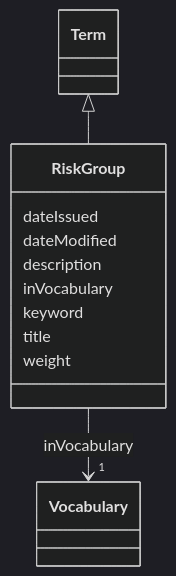
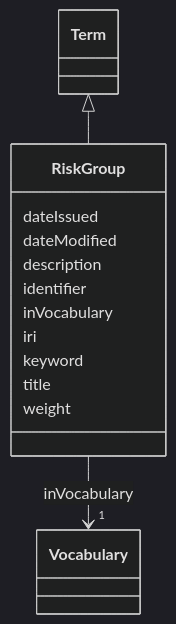
Before and after one commit to EVORA-project/evora-ontology: the diagram in models/docs/RiskGroup.md, drawn with Mermaid (dark theme). The commit also changed other lines of this file and 391 other files, not shown here.

````diff
--- a/models/docs/RiskGroup.md
+++ b/models/docs/RiskGroup.md
@@ -19,30 +19,34 @@
 ```mermaid
  classDiagram
     class RiskGroup
     click RiskGroup href "../RiskGroup"
       Term <|-- RiskGroup
         click Term href "../Term"
       
       RiskGroup : dateIssued
         
       RiskGroup : dateModified
         
       RiskGroup : description
         
+      RiskGroup : identifier
+        
       RiskGroup : inVocabulary
         
           
     
     
     RiskGroup --> "1" Vocabulary : inVocabulary
     click Vocabulary href "../Vocabulary"
 
         
+      RiskGroup : iri
+        
       RiskGroup : keyword
         
       RiskGroup : title
         
       RiskGroup : weight
         
       
 ```
````
